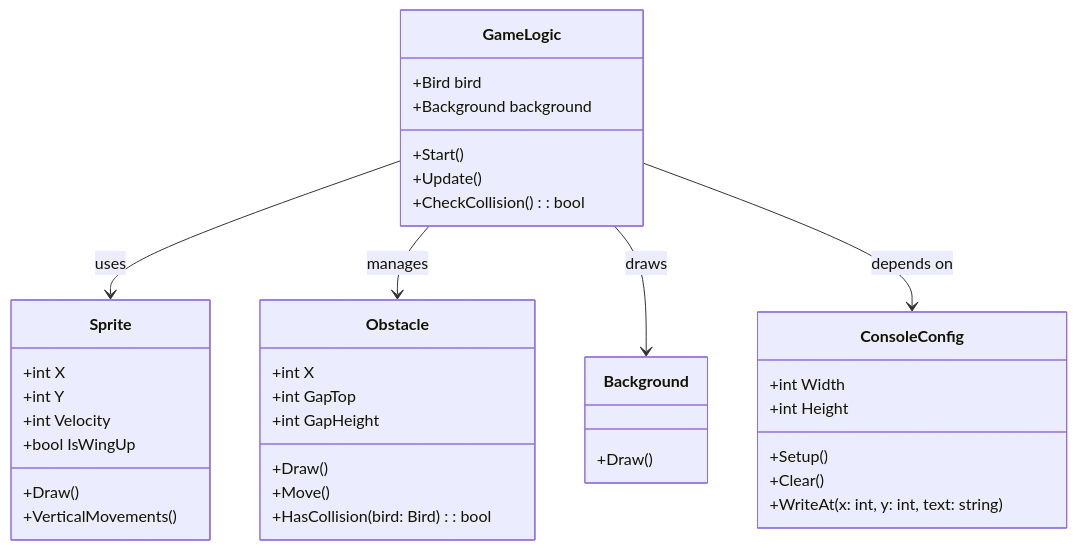
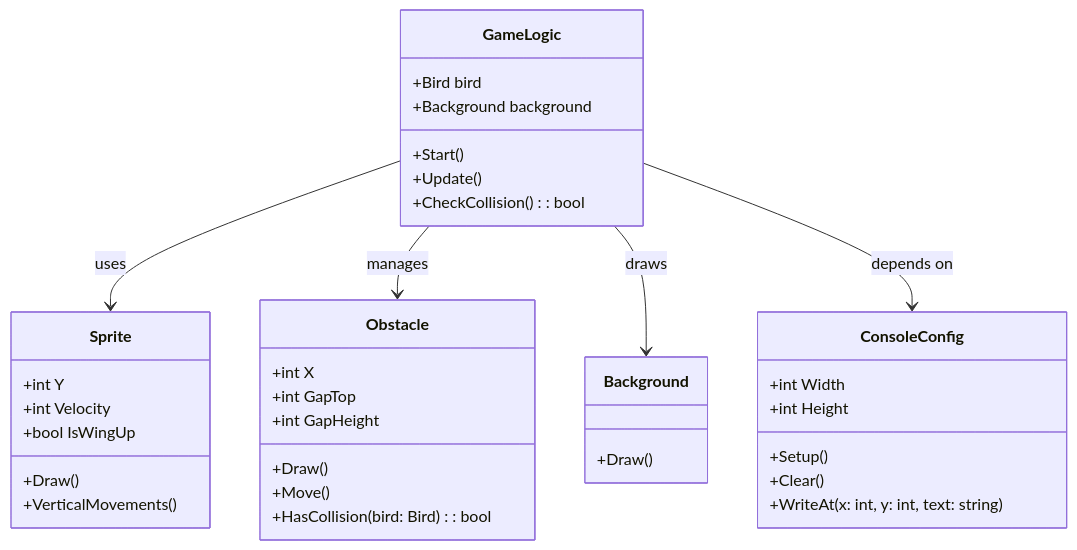
One commit to NexusWeave/MVP-FlappyBird-cs changed the diagram in dokumentasjon/klasse-diagram.md. Above: the diagram before and after it, drawn with Mermaid.

Commit message:
Removed unused property `X` from the `Sprite` class in the class diagram.

````diff
--- a/dokumentasjon/klasse-diagram.md
+++ b/dokumentasjon/klasse-diagram.md
@@ -3,48 +3,47 @@
 ```mermaid
 classDiagram
 
 direction TB
 
     class Sprite {
-	    +int X
 	    +int Y
 	    +int Velocity
 	    +bool IsWingUp
 	    +Draw()
 	    +VerticalMovements()
     }
 
     class Obstacle {
 	    +int X
 	    +int GapTop
 	    +int GapHeight
 	    +Draw()
 	    +Move()
 	    +HasCollision(bird: Bird) : bool
     }
 
     class Background {
 	    +Draw()
     }
 
     class GameLogic {
 	    +Bird bird
 	    +Background background
 	    +Start()
 	    +Update()
 	    +CheckCollision() : bool
     }
 
     class ConsoleConfig {
 	    +int Width
 	    +int Height
 	    +Setup()
 	    +Clear()
 	    +WriteAt(x: int, y: int, text: string)
     }
 
     GameLogic --> Sprite : uses
     GameLogic --> Obstacle : manages
     GameLogic --> Background : draws
     GameLogic --> ConsoleConfig : depends on
 ```
````
